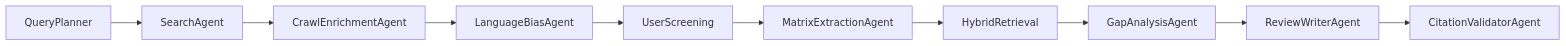
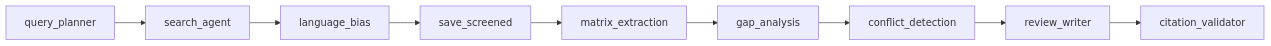
Before and after one commit to vietlinhh02/lumen-agent: the first of 2 diagrams in docs/architecture/agent-rag-strategy.md, drawn with Mermaid. The commit also changed other lines of this file and 13 other files, not shown here.

````diff
--- a/docs/architecture/agent-rag-strategy.md
+++ b/docs/architecture/agent-rag-strategy.md
@@ -54,12 +39,11 @@
 ```mermaid
 flowchart LR
-    A["QueryPlanner"] --> B["SearchAgent"]
-    B --> C["CrawlEnrichmentAgent"]
-    C --> D["LanguageBiasAgent"]
-    D --> E["UserScreening"]
-    E --> F["MatrixExtractionAgent"]
-    F --> G["HybridRetrieval"]
-    G --> H["GapAnalysisAgent"]
-    H --> I["ReviewWriterAgent"]
-    I --> J["CitationValidatorAgent"]
+    A["query_planner"] --> B["search_agent"]
+    B --> C["language_bias"]
+    C --> D["save_screened"]
+    D --> E["matrix_extraction"]
+    E --> F["gap_analysis"]
+    F --> G["conflict_detection"]
+    G --> H["review_writer"]
+    H --> I["citation_validator"]
 ```
````
